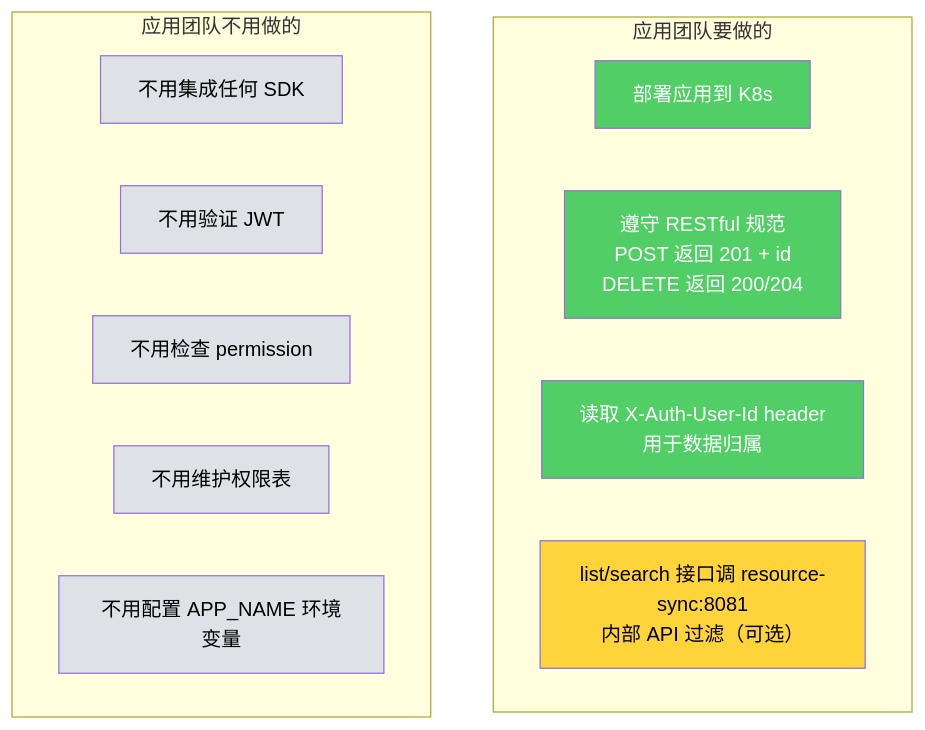
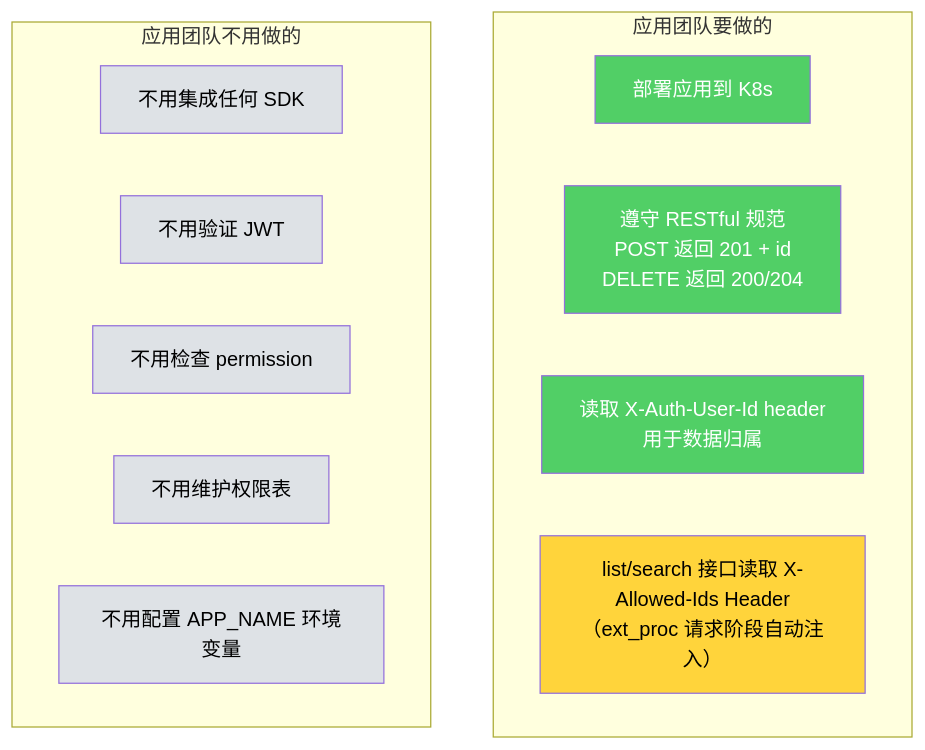
Before and after one commit to xiewanchao/aidp-iam: the seventh of 10 diagrams in diagrams/onboarding-flow.md, drawn with Mermaid. The commit also changed other lines of this file and 43 other files, not shown here.

First line of the commit message:
feat: IAM v2.0 - groups model, resource ACL, ext_proc, API Key auth

````diff
--- a/diagrams/onboarding-flow.md
+++ b/diagrams/onboarding-flow.md
@@ -302,27 +305,27 @@
 ```mermaid
 flowchart TD
     subgraph 应用团队要做的
         D1[部署应用到 K8s]
         D2[遵守 RESTful 规范<br/>POST 返回 201 + id<br/>DELETE 返回 200/204]
         D3[读取 X-Auth-User-Id header<br/>用于数据归属]
-        D4["list/search 接口调 resource-sync:8081<br/>内部 API 过滤（可选）"]
+        D4["list/search 接口读取 X-Allowed-Ids Header<br/>（ext_proc 请求阶段自动注入）"]
     end
 
     subgraph 应用团队不用做的
         N1[不用集成任何 SDK]
         N2[不用验证 JWT]
         N3[不用检查 permission]
         N4[不用维护权限表]
         N5[不用配置 APP_NAME 环境变量]
     end
 
     style D1 fill:#51cf66,color:#fff
     style D2 fill:#51cf66,color:#fff
     style D3 fill:#51cf66,color:#fff
     style D4 fill:#ffd43b,color:#000
     style N1 fill:#dee2e6,color:#000
     style N2 fill:#dee2e6,color:#000
     style N3 fill:#dee2e6,color:#000
     style N4 fill:#dee2e6,color:#000
     style N5 fill:#dee2e6,color:#000
 ```
````
